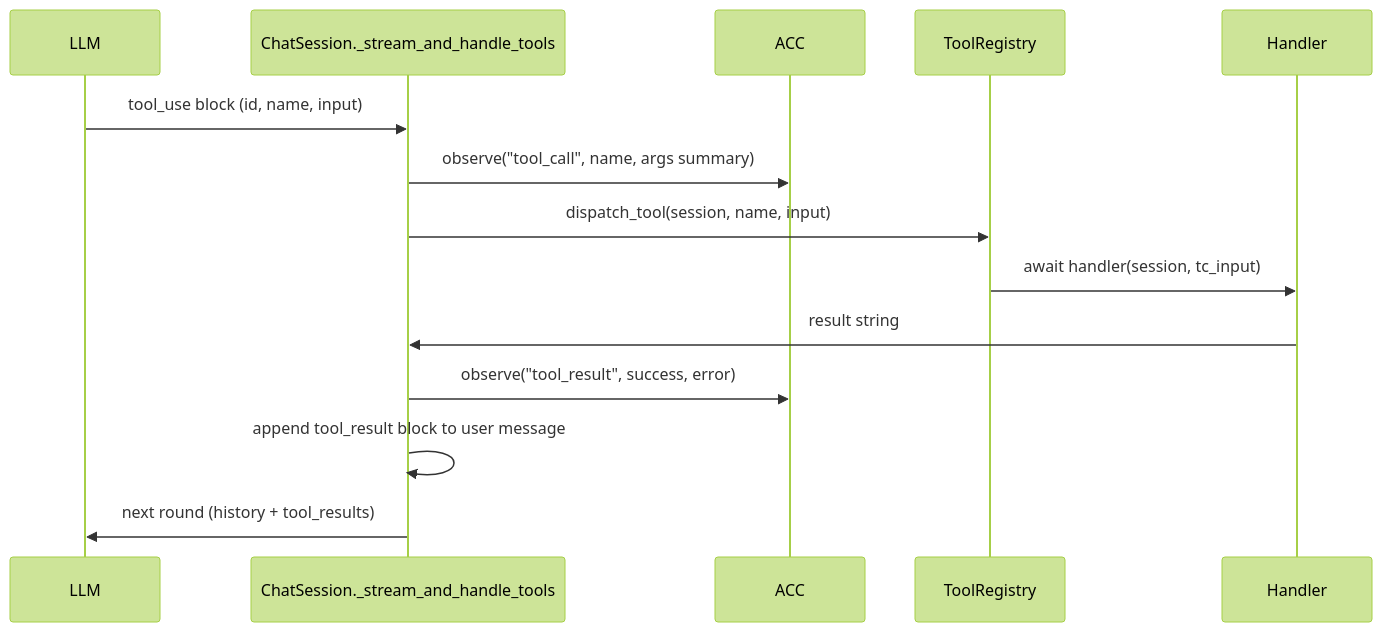
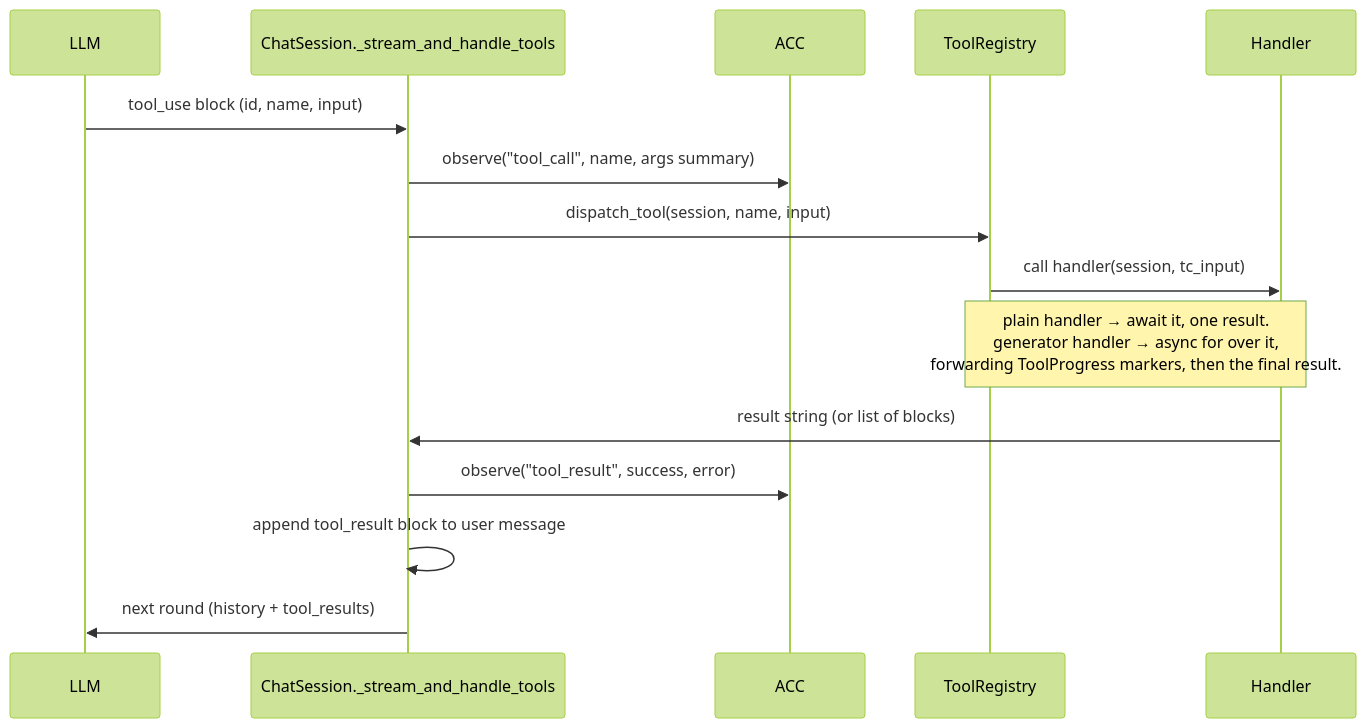
The diagram in docs/docs/developer/tool-system.md (mindsdb/anton), drawn with Mermaid (forest theme) before and after one commit. The commit also changed other lines of this file and 1 other file, not shown here.

Commit message:
docs: document the streaming (async-generator) tool handler contract

````diff
--- a/docs/docs/developer/tool-system.md
+++ b/docs/docs/developer/tool-system.md
@@ -83,17 +96,18 @@
 ```mermaid
 sequenceDiagram
     participant L as LLM
     participant S as ChatSession._stream_and_handle_tools
     participant A as ACC
     participant R as ToolRegistry
     participant H as Handler
 
     L->>S: tool_use block (id, name, input)
     S->>A: observe("tool_call", name, args summary)
     S->>R: dispatch_tool(session, name, input)
-    R->>H: await handler(session, tc_input)
-    H->>S: result string
+    R->>H: call handler(session, tc_input)
+    Note over R,H: plain handler → await it, one result.<br/>generator handler → async for over it,<br/>forwarding ToolProgress markers, then the final result.
+    H->>S: result string (or list of blocks)
     S->>A: observe("tool_result", success, error)
     S->>S: append tool_result block to user message
     S->>L: next round (history + tool_results)
 ```
````
